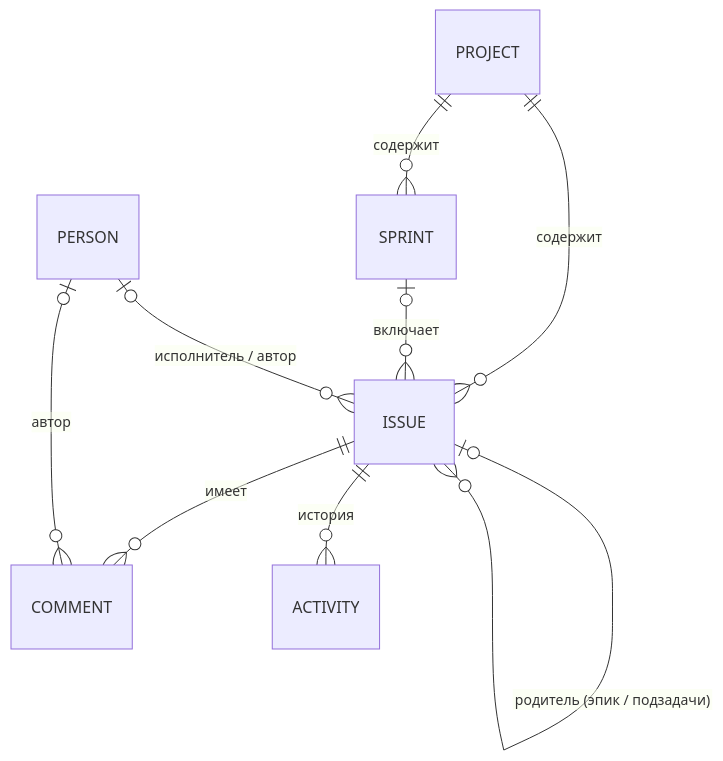
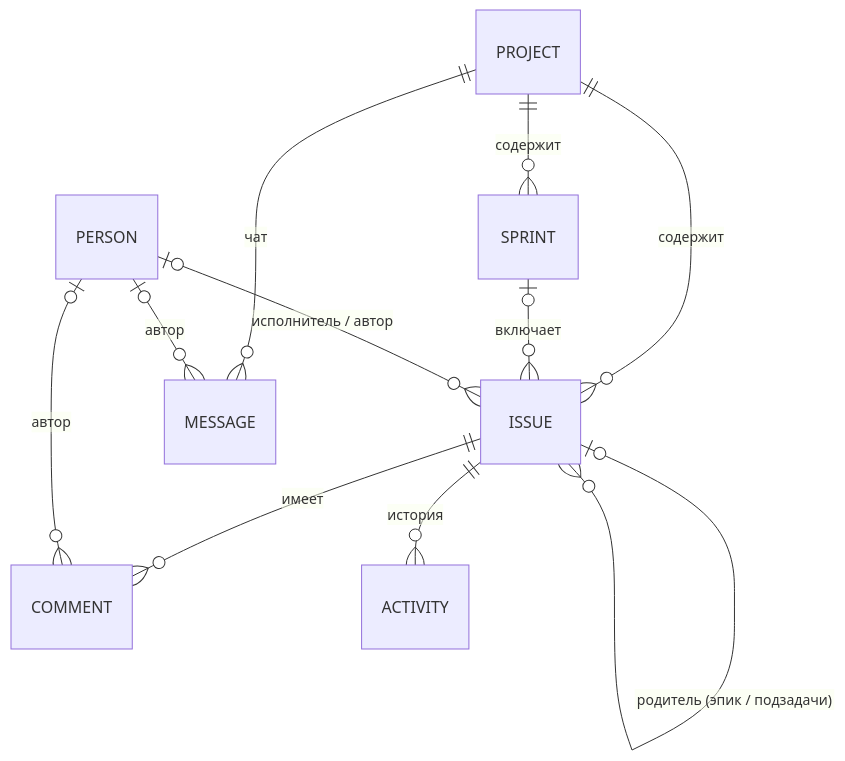
Before and after one commit to TitarenkoBA/task-tracker: the diagram in docs/data-model.md, drawn with Mermaid. The commit also changed other lines of this file and 10 other files, not shown here.

````diff
--- a/docs/data-model.md
+++ b/docs/data-model.md
@@ -17,11 +17,13 @@
 ```mermaid
 erDiagram
   PROJECT ||--o{ ISSUE : "содержит"
   PROJECT ||--o{ SPRINT : "содержит"
   SPRINT  |o--o{ ISSUE : "включает"
   ISSUE   |o--o{ ISSUE : "родитель (эпик / подзадачи)"
   ISSUE   ||--o{ COMMENT : "имеет"
   ISSUE   ||--o{ ACTIVITY : "история"
   PERSON  |o--o{ ISSUE : "исполнитель / автор"
   PERSON  |o--o{ COMMENT : "автор"
+  PROJECT ||--o{ MESSAGE : "чат"
+  PERSON  |o--o{ MESSAGE : "автор"
 ```
````
